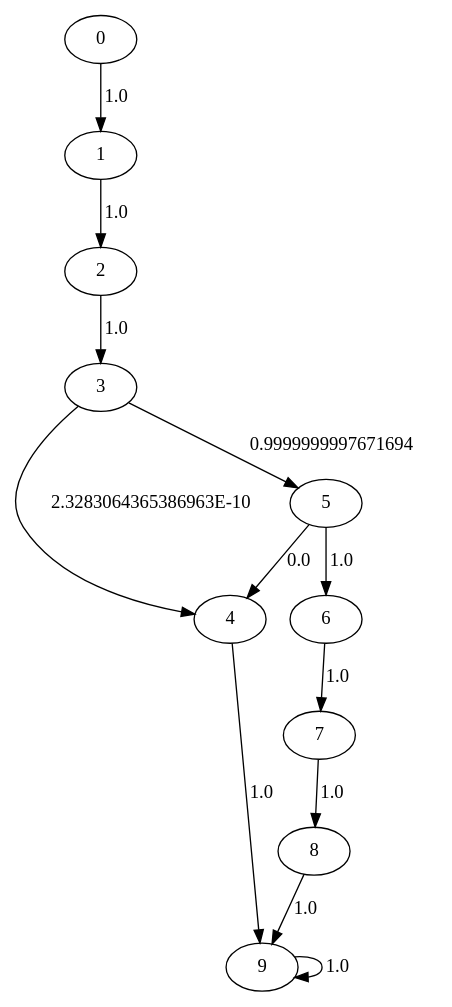
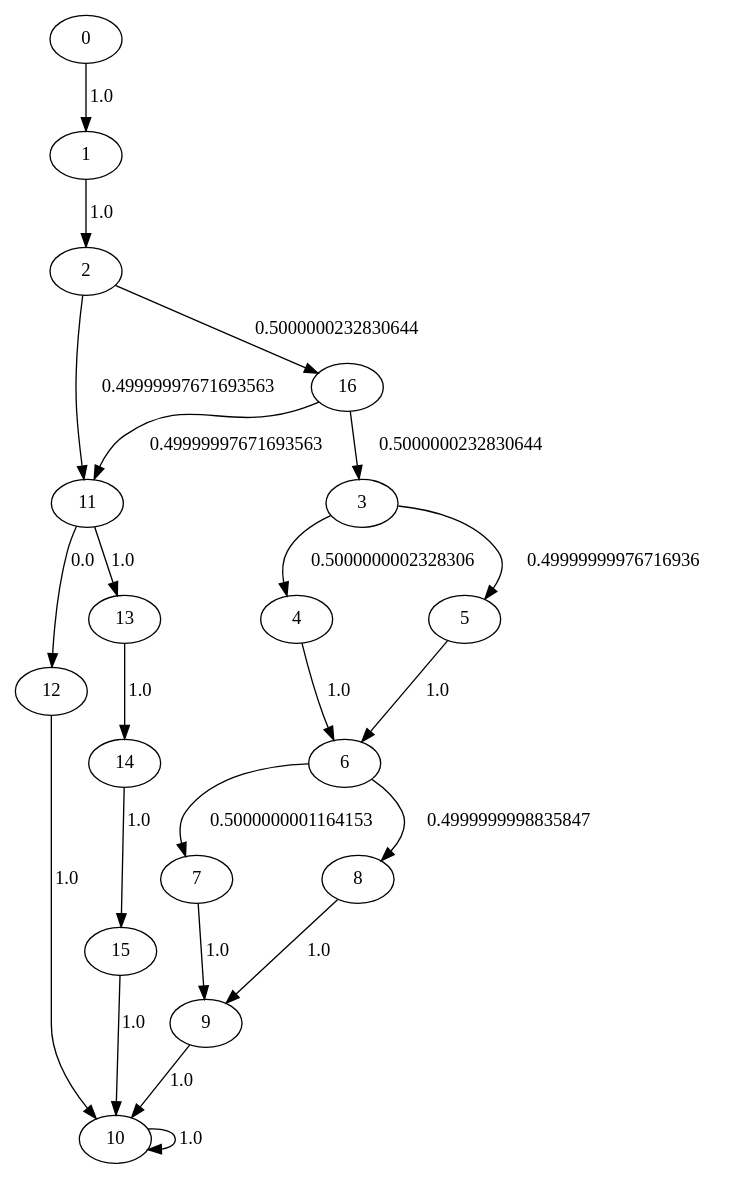
The diagram in LMain_test.dot (seemantasaha/DependencyAnalysis), drawn with Graphviz before and after one commit. The commit also changed 15 other files, not shown here.

```diff
--- a/LMain_test.dot
+++ b/LMain_test.dot
@@ -1,14 +1,24 @@
 digraph {
+	11 -> 12[label= "0.0"];
+	11 -> 13[label= "1.0"];
+	12 -> 10[label= "1.0"];
+	13 -> 14[label= "1.0"];
+	14 -> 15[label= "1.0"];
+	15 -> 10[label= "1.0"];
+	16 -> 11[label= "0.49999997671693563"];
+	16 -> 3[label= "0.5000000232830644"];
 	0 -> 1[label= "1.0"];
 	1 -> 2[label= "1.0"];
-	2 -> 3[label= "1.0"];
-	3 -> 4[label= "2.3283064365386963E-10"];
-	3 -> 5[label= "0.9999999997671694"];
-	4 -> 9[label= "1.0"];
-	5 -> 4[label= "0.0"];
+	2 -> 11[label= "0.49999997671693563"];
+	2 -> 16[label= "0.5000000232830644"];
+	3 -> 4[label= "0.5000000002328306"];
+	3 -> 5[label= "0.49999999976716936"];
+	4 -> 6[label= "1.0"];
 	5 -> 6[label= "1.0"];
-	6 -> 7[label= "1.0"];
-	7 -> 8[label= "1.0"];
+	6 -> 7[label= "0.5000000001164153"];
+	6 -> 8[label= "0.4999999998835847"];
+	7 -> 9[label= "1.0"];
 	8 -> 9[label= "1.0"];
-	9 -> 9[label= "1.0"];
+	9 -> 10[label= "1.0"];
+	10 -> 10[label= "1.0"];
 }
```
